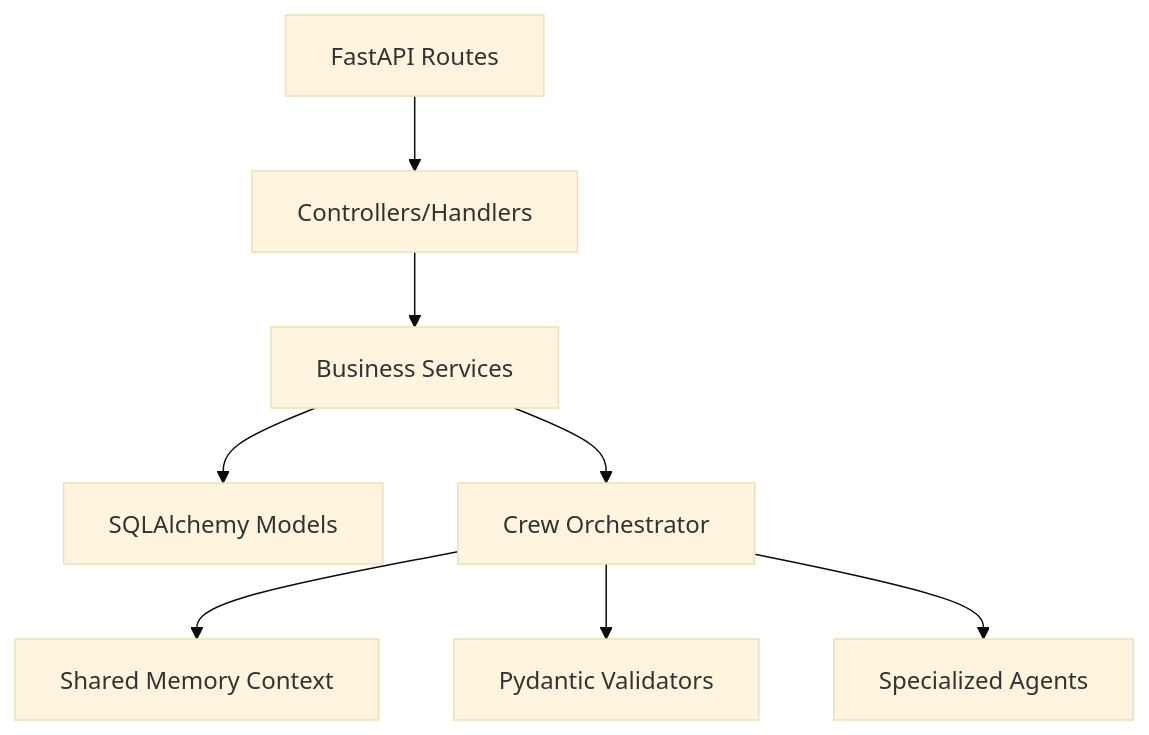
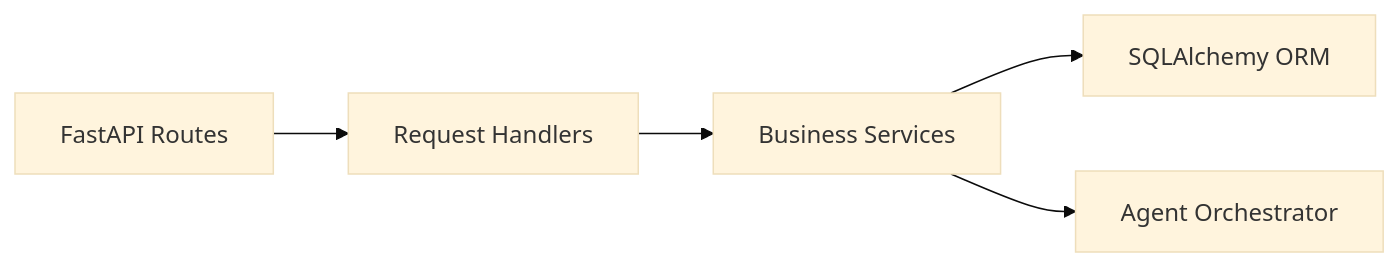
Before and after one commit to shreyar29/AI-Startup-Idea-Validator: the third of 9 diagrams in docs/architecture.md, drawn with Mermaid (base theme). The commit also changed other lines of this file and 6 other files, not shown here.

````diff
--- a/docs/architecture.md
+++ b/docs/architecture.md
@@ -71,11 +58,7 @@
 ```mermaid
-graph TD
-    Routes[FastAPI Routes] --> Controllers[Controllers/Handlers]
+graph LR
+    API[FastAPI Routes] --> Controllers[Request Handlers]
     Controllers --> Services[Business Services]
-    Services --> DB[SQLAlchemy Models]
-    Services --> Orchestrator[Crew Orchestrator]
-    
-    Orchestrator --> Context[Shared Memory Context]
-    Orchestrator --> Validator[Pydantic Validators]
-    Orchestrator --> Agents[Specialized Agents]
+    Services --> Models[SQLAlchemy ORM]
+    Services --> Orchestrator[Agent Orchestrator]
 ```
````
